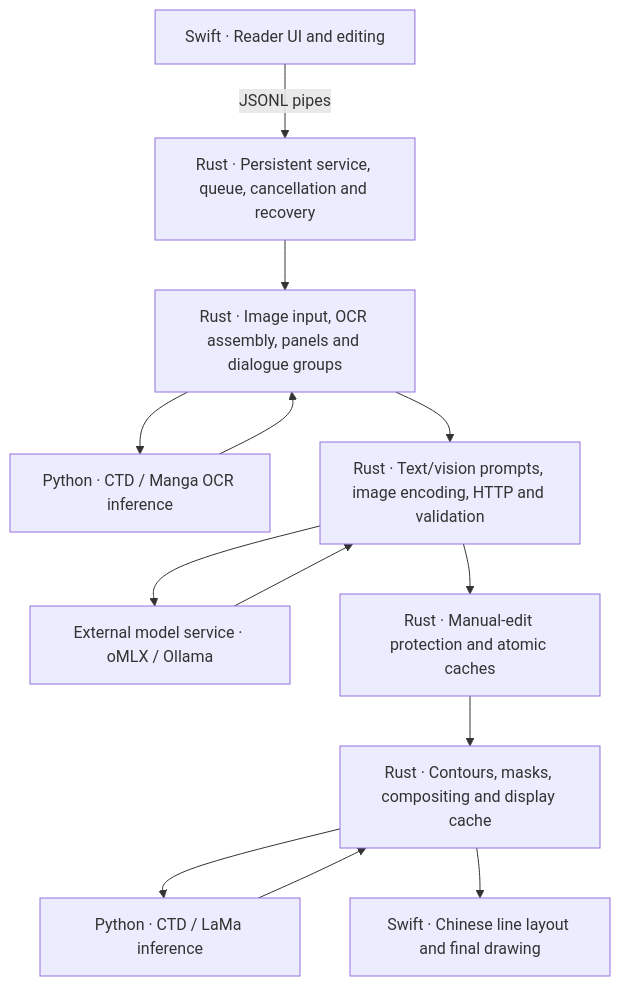
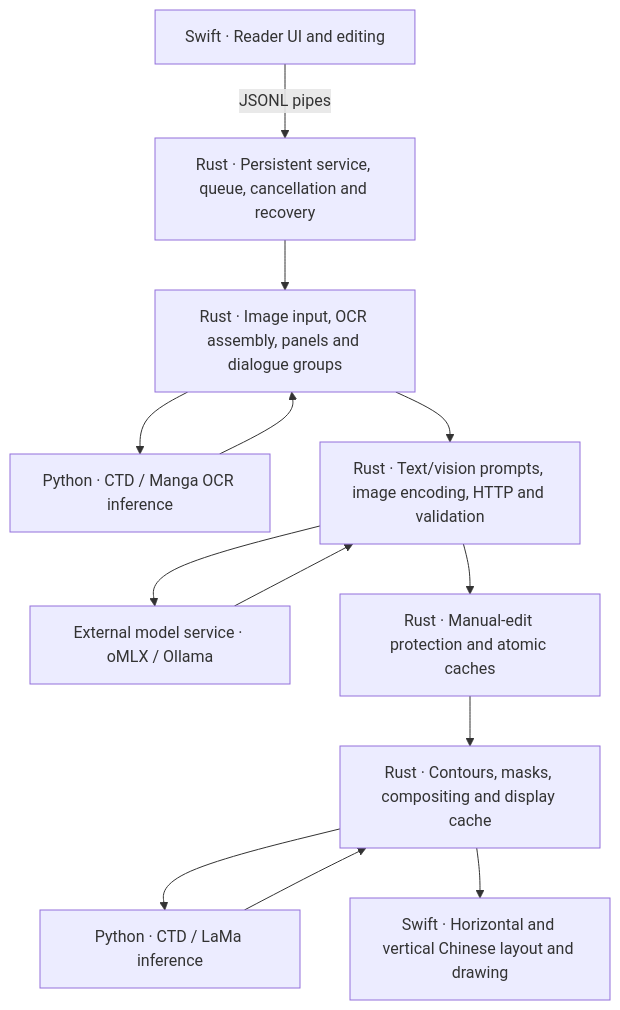
Before and after one commit to Liuyy026/screen-capture-translator-public: the diagram in README.en.md, drawn with Mermaid. The commit also changed other lines of this file and 15 other files, not shown here.

````diff
--- a/README.en.md
+++ b/README.en.md
@@ -13,15 +13,15 @@
 ```mermaid
 flowchart TD
     UI["Swift · Reader UI and editing"] -->|JSONL pipes| R["Rust · Persistent service, queue, cancellation and recovery"]
     R --> O["Rust · Image input, OCR assembly, panels and dialogue groups"]
     O --> P["Python · CTD / Manga OCR inference"]
     P --> O
     O --> T["Rust · Text/vision prompts, image encoding, HTTP and validation"]
     T --> L["External model service · oMLX / Ollama"]
     L --> T
     T --> C["Rust · Manual-edit protection and atomic caches"]
     C --> D["Rust · Contours, masks, compositing and display cache"]
     D --> M["Python · CTD / LaMa inference"]
     M --> D
-    D --> S["Swift · Chinese line layout and final drawing"]
+    D --> S["Swift · Horizontal and vertical Chinese layout and drawing"]
 ```
````
